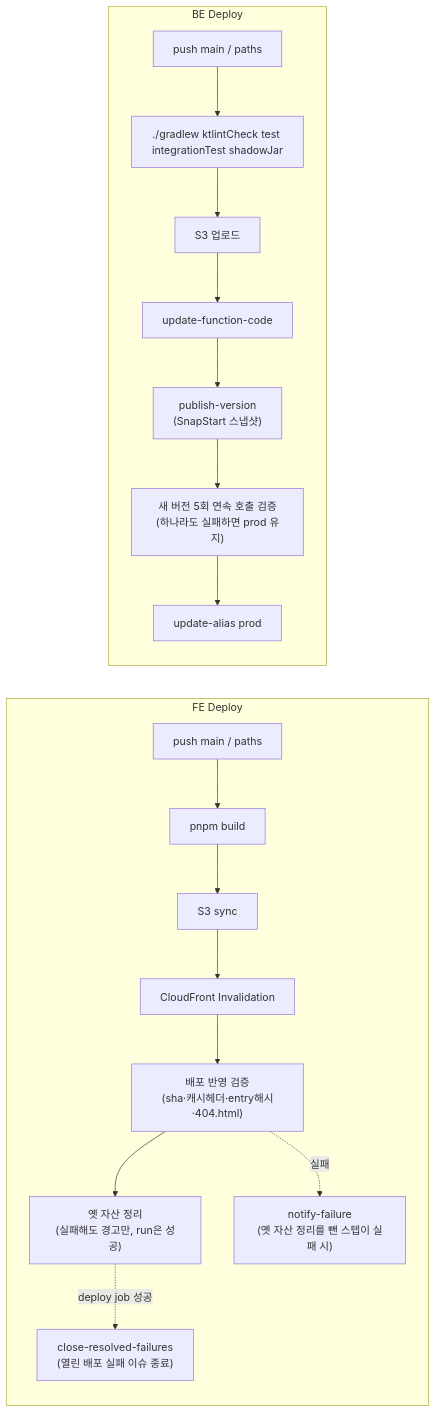
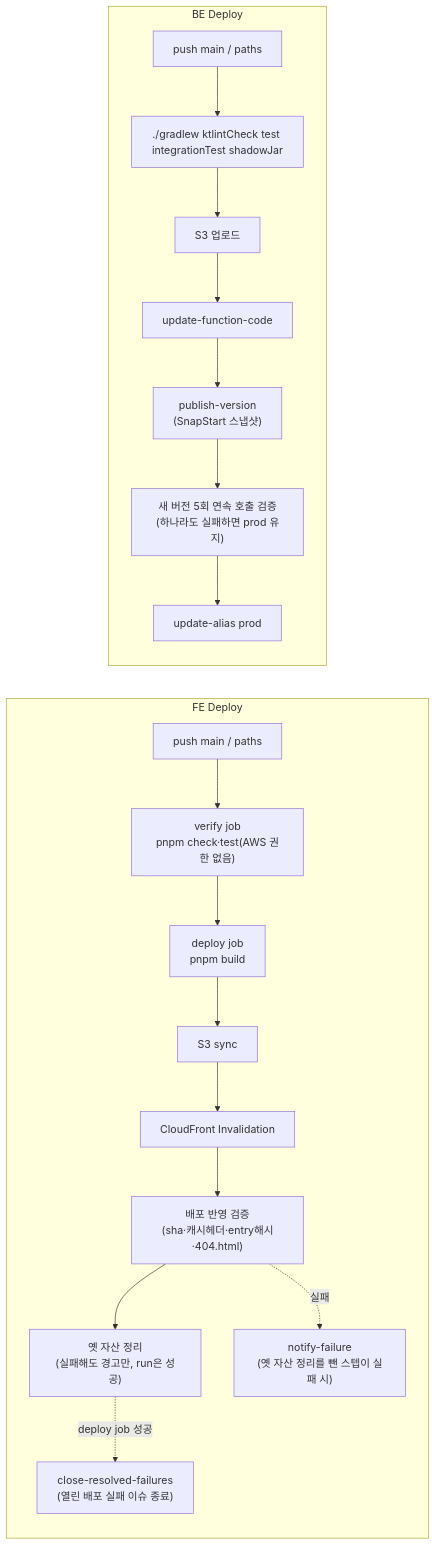
The second of 4 diagrams in docs/SYSTEM-ARCHITECTURE.md (BAECHAN/link-sphere_FE_NEW), drawn with Mermaid before and after one commit. The commit also changed other lines of this file and 6 other files, not shown here.

First line of the commit message:
ci(deploy): 테스트를 AWS 권한이 없는 잡으로 분리 (#567)

````diff
--- a/docs/SYSTEM-ARCHITECTURE.md
+++ b/docs/SYSTEM-ARCHITECTURE.md
@@ -131,26 +131,27 @@
 ```mermaid
 flowchart LR
   subgraph fe_deploy [FE Deploy]
     FE_Trigger["push main / paths"]
-    FE_Build["pnpm build"]
+    FE_Gate["verify job<br/>pnpm check·test(AWS 권한 없음)"]
+    FE_Build["deploy job<br/>pnpm build"]
     FE_S3["S3 sync"]
     FE_CF["CloudFront Invalidation"]
     FE_Verify["배포 반영 검증<br/>(sha·캐시헤더·entry해시·404.html)"]
     FE_Prune["옛 자산 정리<br/>(실패해도 경고만, run은 성공)"]
     FE_Notify["notify-failure<br/>(옛 자산 정리를 뺀 스텝이 실패 시)"]
     FE_Close["close-resolved-failures<br/>(열린 배포 실패 이슈 종료)"]
-    FE_Trigger --> FE_Build --> FE_S3 --> FE_CF --> FE_Verify --> FE_Prune
+    FE_Trigger --> FE_Gate --> FE_Build --> FE_S3 --> FE_CF --> FE_Verify --> FE_Prune
     FE_Verify -.실패.-> FE_Notify
     FE_Prune -.->|deploy job 성공| FE_Close
   end
   subgraph be_deploy [BE Deploy]
     BE_Trigger["push main / paths"]
     BE_Jar["./gradlew ktlintCheck test integrationTest shadowJar"]
     BE_S3["S3 업로드"]
     BE_Code["update-function-code"]
     BE_Ver["publish-version<br/>(SnapStart 스냅샷)"]
     BE_Gate["새 버전 5회 연속 호출 검증<br/>(하나라도 실패하면 prod 유지)"]
     BE_Alias["update-alias prod"]
     BE_Trigger --> BE_Jar --> BE_S3 --> BE_Code --> BE_Ver --> BE_Gate --> BE_Alias
   end
 ```
````
